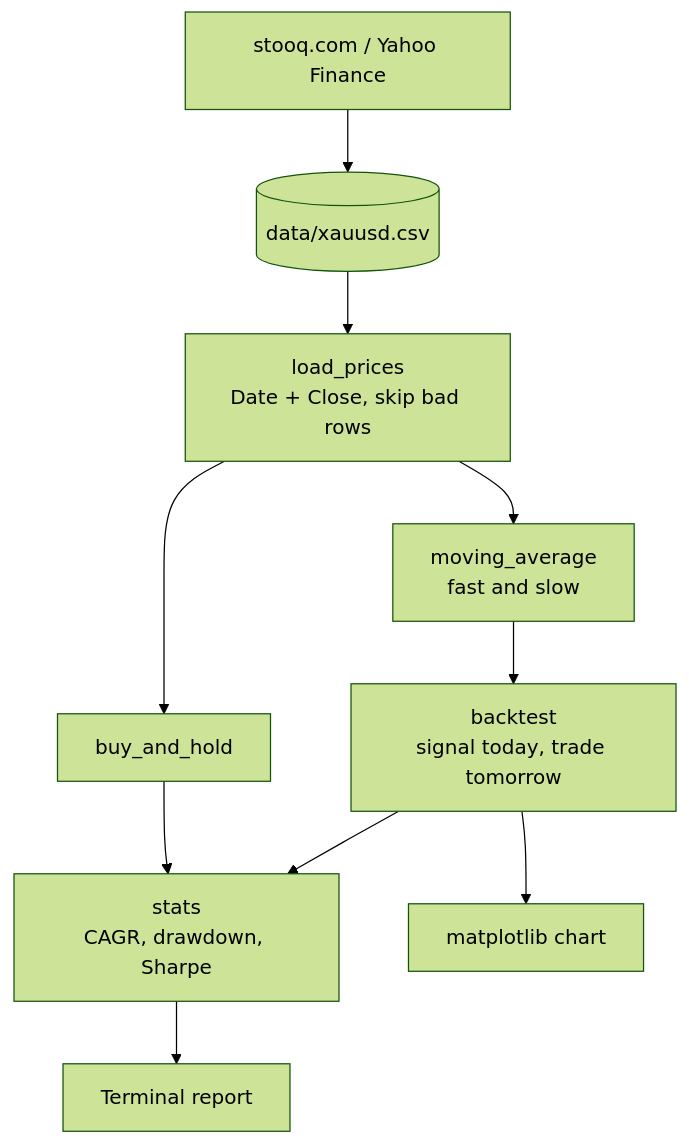
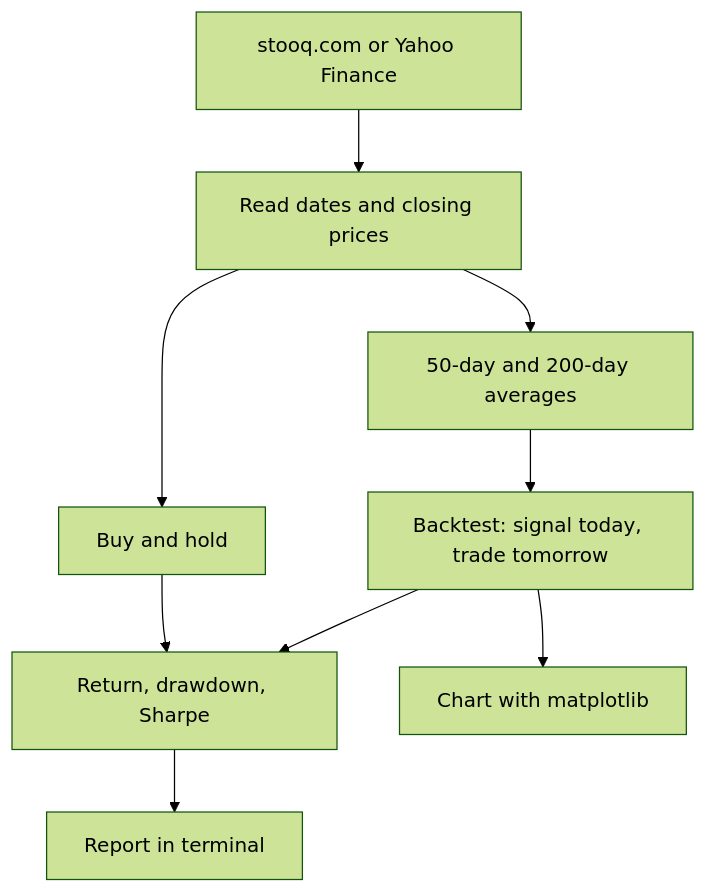
Before and after one commit to ashah374/gold-strategy-analyzer: the diagram in README.md, drawn with Mermaid (forest theme). The commit also changed other lines of this file, not shown here.

````diff
--- a/README.md
+++ b/README.md
@@ -22,12 +29,11 @@
 ```mermaid
 flowchart TD
-    A[stooq.com / Yahoo Finance] --> B[(data/xauusd.csv)]
-    B --> C[load_prices<br/>Date + Close, skip bad rows]
-    C --> D[moving_average<br/>fast and slow]
-    D --> E[backtest<br/>signal today, trade tomorrow]
-    C --> F[buy_and_hold]
-    E --> G[stats<br/>CAGR, drawdown, Sharpe]
-    F --> G
-    G --> H[Terminal report]
-    E --> I[matplotlib chart]
+    A[stooq.com or Yahoo Finance] --> B[Read dates and closing prices]
+    B --> C[50-day and 200-day averages]
+    C --> D[Backtest: signal today, trade tomorrow]
+    B --> E[Buy and hold]
+    D --> F[Return, drawdown, Sharpe]
+    E --> F
+    F --> G[Report in terminal]
+    D --> H[Chart with matplotlib]
 ```
````
